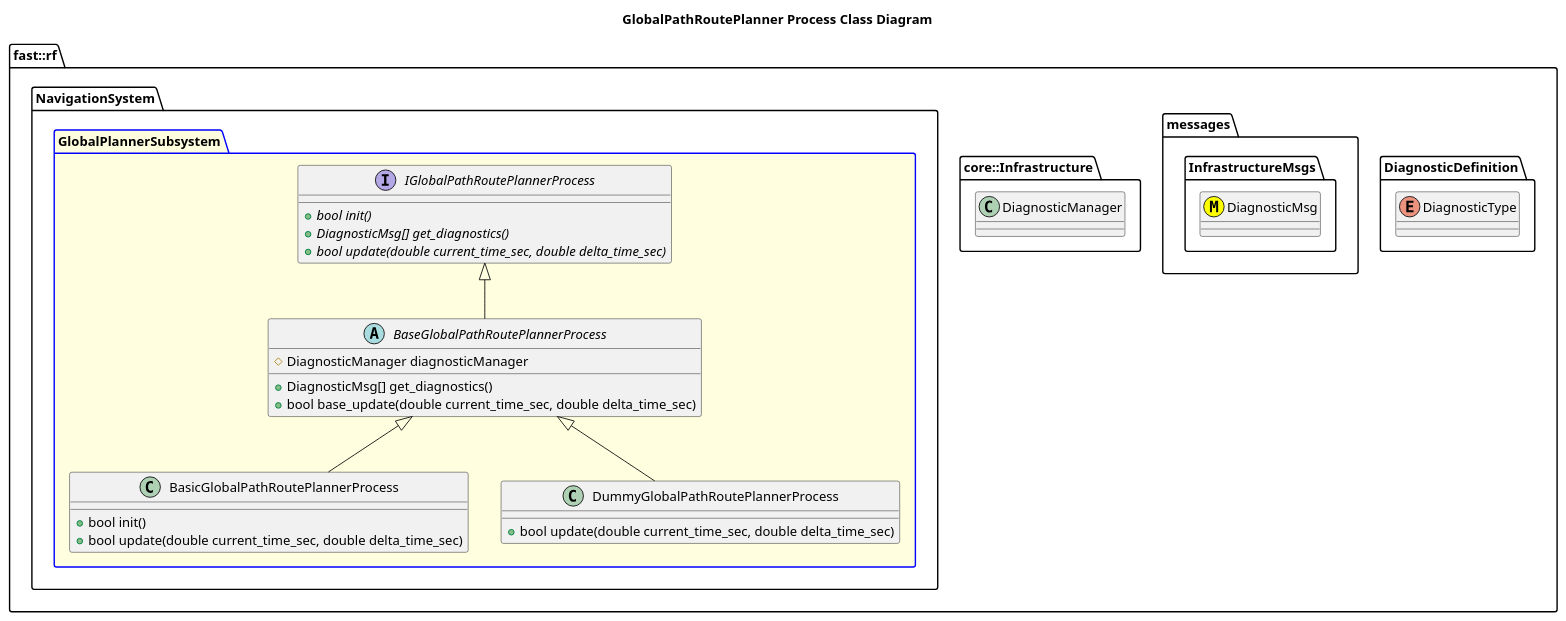
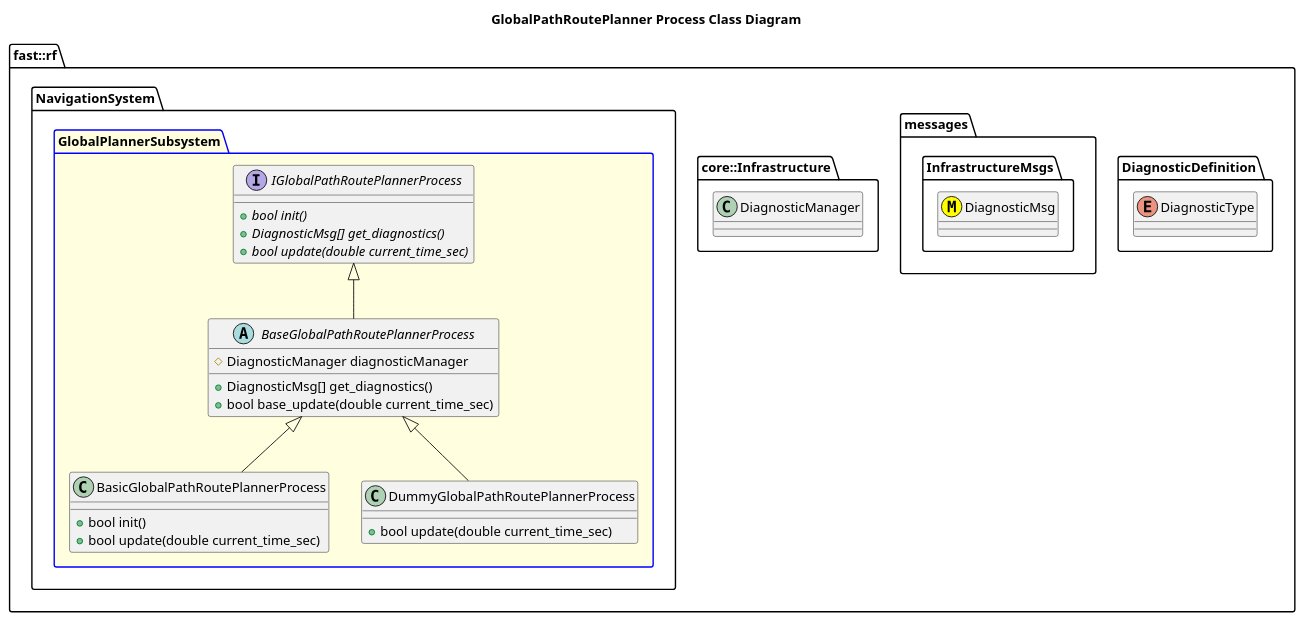
Before and after one commit to fastrobotics/robot_framework: the diagram in Systems/Navigation/Subsystems/GlobalPlanner/Processes/GlobalPathRoutePlanner/doc/puml/GlobalPathRoutePlannerProcessClassDiagram.puml, drawn with PlantUML. The commit also changed 118 other files, not shown here.

```diff
--- a/Systems/Navigation/Subsystems/GlobalPlanner/Processes/GlobalPathRoutePlanner/doc/puml/GlobalPathRoutePlannerProcessClassDiagram.puml
+++ b/Systems/Navigation/Subsystems/GlobalPlanner/Processes/GlobalPathRoutePlanner/doc/puml/GlobalPathRoutePlannerProcessClassDiagram.puml
@@ -1,42 +1,42 @@
 @startuml
 title GlobalPathRoutePlanner Process Class Diagram
 
 namespace fast::rf {
   namespace DiagnosticDefinition {
     enum DiagnosticType
   }
   namespace messages {
     namespace InfrastructureMsgs {
       class DiagnosticMsg <<(M,#FFFF00)>>
     }
   }
   namespace core::Infrastructure {
     class DiagnosticManager
   }
   namespace NavigationSystem {
     package GlobalPlannerSubsystem #LightYellow;line:blue {
         interface IGlobalPathRoutePlannerProcess  {
           +{abstract} bool init()
           +{abstract} DiagnosticMsg[] get_diagnostics()
-          +{abstract} bool update(double current_time_sec, double delta_time_sec)
+          +{abstract} bool update(double current_time_sec)
         }
         abstract BaseGlobalPathRoutePlannerProcess {
           +DiagnosticMsg[] get_diagnostics()
-          +bool base_update(double current_time_sec, double delta_time_sec)
+          +bool base_update(double current_time_sec)
           #DiagnosticManager diagnosticManager
 
         }
         BaseGlobalPathRoutePlannerProcess -up-|> IGlobalPathRoutePlannerProcess
         class BasicGlobalPathRoutePlannerProcess {
           +bool init()
-          +bool update(double current_time_sec, double delta_time_sec)
+          +bool update(double current_time_sec)
         }
         BasicGlobalPathRoutePlannerProcess -up-|> BaseGlobalPathRoutePlannerProcess
         class DummyGlobalPathRoutePlannerProcess {
-          +bool update(double current_time_sec, double delta_time_sec)
+          +bool update(double current_time_sec)
         }
         DummyGlobalPathRoutePlannerProcess -up-|> BaseGlobalPathRoutePlannerProcess
     }
   }
 }
 @enduml
```
